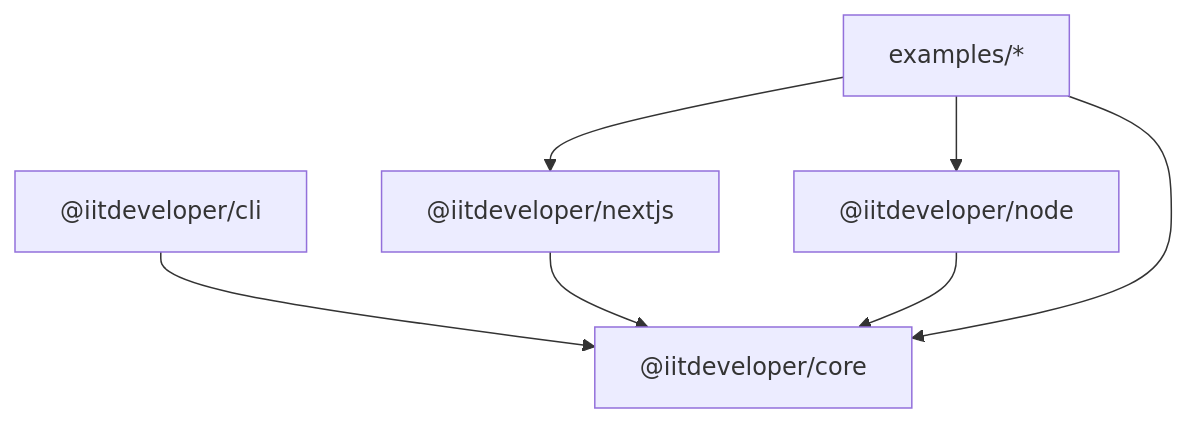
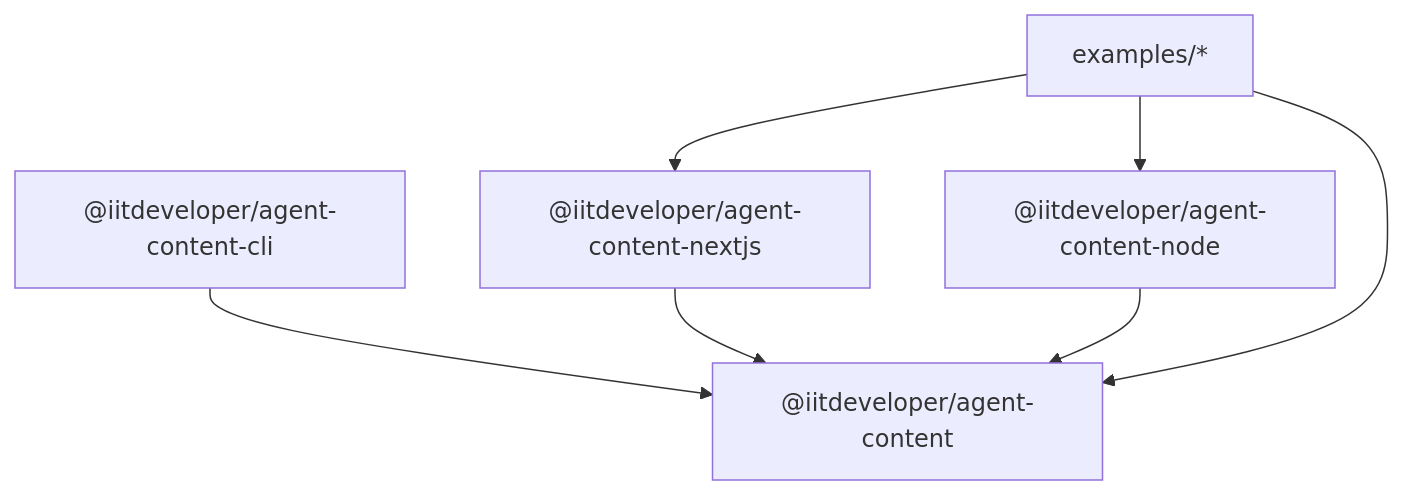
Before and after one commit to iitdeveloper-git/agent-content: the diagram in docs/IMPLEMENTATION_PLAN.md, drawn with Mermaid. The commit also changed other lines of this file and 33 other files, not shown here.

````diff
--- a/docs/IMPLEMENTATION_PLAN.md
+++ b/docs/IMPLEMENTATION_PLAN.md
@@ -31,9 +31,9 @@
 ```mermaid
 graph TD
-    CLI["@iitdeveloper/cli"] --> Core["@iitdeveloper/core"]
-    Next["@iitdeveloper/nextjs"] --> Core
-    Node["@iitdeveloper/node"] --> Core
+    CLI["@iitdeveloper/agent-content-cli"] --> Core["@iitdeveloper/agent-content"]
+    Next["@iitdeveloper/agent-content-nextjs"] --> Core
+    Node["@iitdeveloper/agent-content-node"] --> Core
     Examples["examples/*"] --> Next
     Examples --> Node
     Examples --> Core
 ```
````
